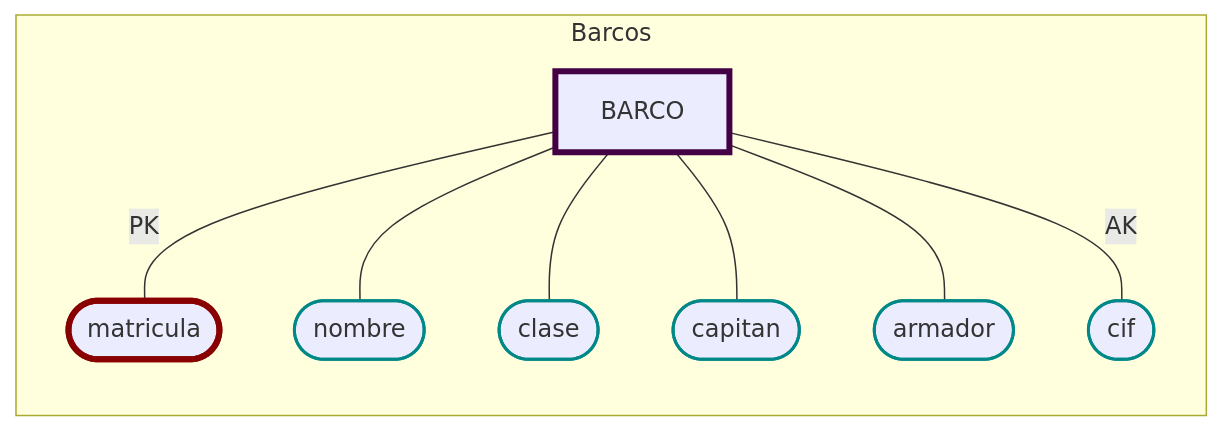
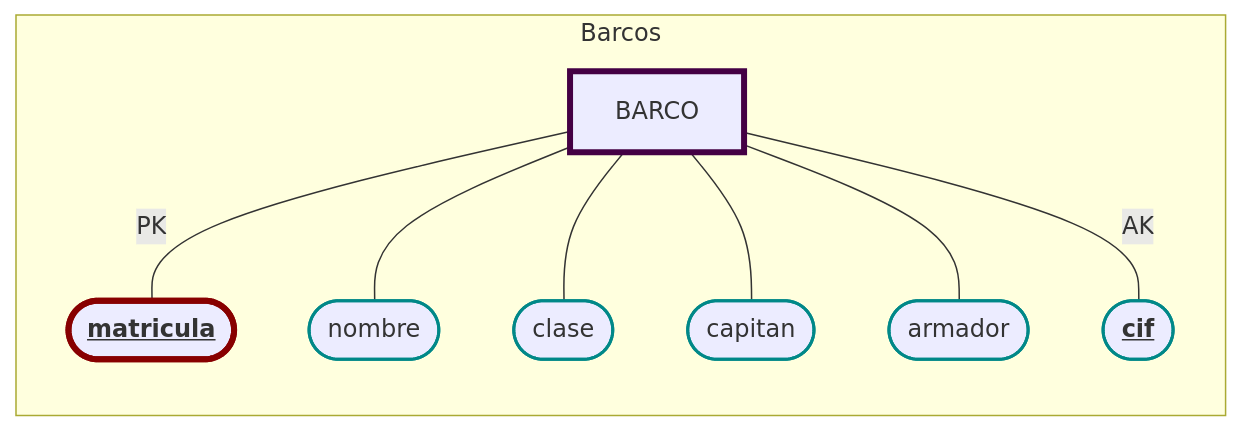
Before and after one commit to JulTob/BasesDeDatos: the diagram in Practica/P1/Schema/Barcos.md, drawn with Mermaid. The commit also changed 16 other files, not shown here.

````diff
--- a/Practica/P1/Schema/Barcos.md
+++ b/Practica/P1/Schema/Barcos.md
@@ -8,17 +8,17 @@
 ```mermaid
 flowchart LR   
   classDef atributo stroke:#088,stroke-width:2px;
   classDef pk stroke:#800,stroke-width:4px;
   classDef entidad stroke:#404,stroke-width:4px;
 
   %% Atributos BARCO
   subgraph Barcos
   Barco[BARCO]:::entidad
-  Barco ---|PK| matricula([matricula]):::pk  
+  Barco ---|PK| matricula(["<b><u>matricula</u></b>"]):::pk
   Barco ---nombre([nombre]):::atributo  
   Barco ---clase([clase]):::atributo  
   Barco ---capitan([capitan]):::atributo 
   Barco ---armador([armador]):::atributo 
-  Barco ---|AK| cif([cif]):::atributo
+  Barco ---|AK| cif(["<b><u>cif</u></b>"]):::atributo
   end
 ```
````
